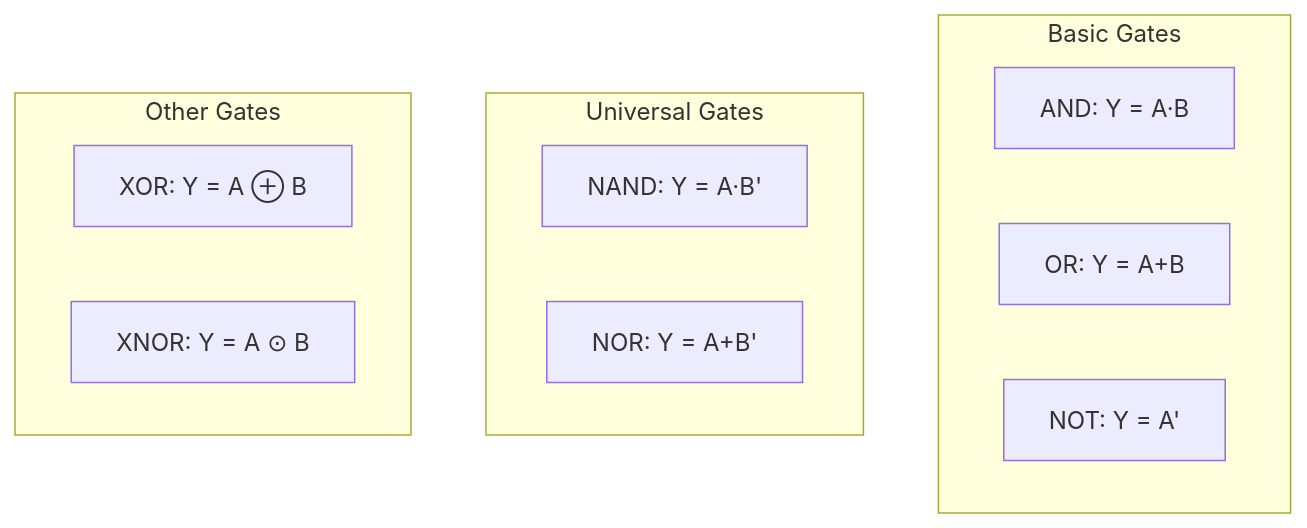
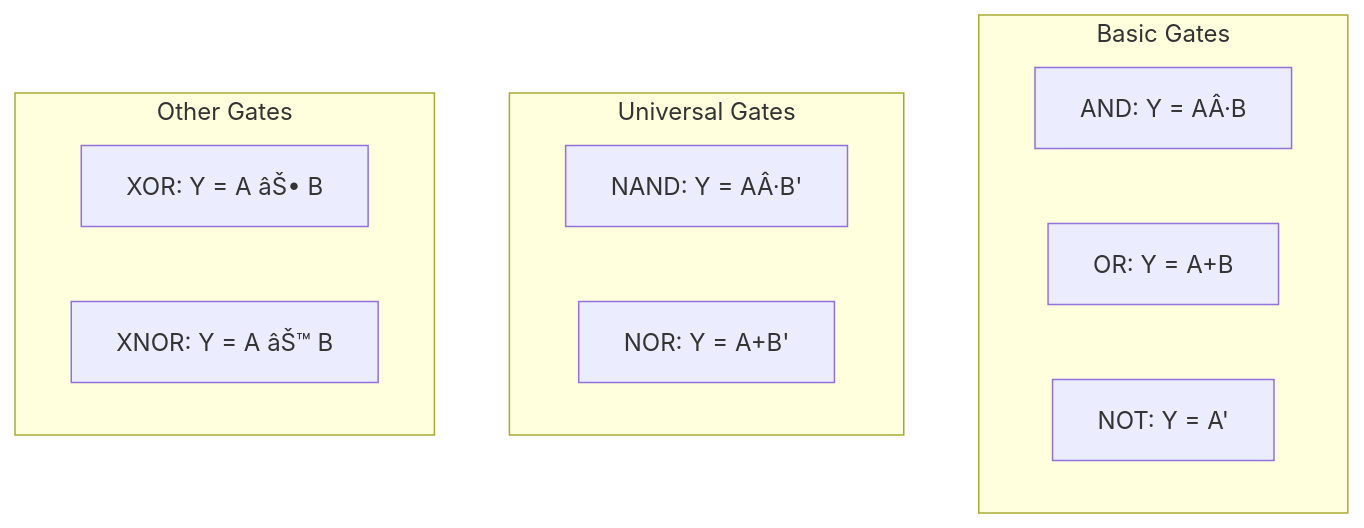
One commit to Raushan666java/ai-engineering-journey changed the third of 5 diagrams in docs/courses/computer-architecture/01-number-systems.md. Above: the diagram before and after it, drawn with Mermaid. The commit also changed other lines of this file and 735 other files, not shown here.

````diff
--- a/docs/courses/computer-architecture/01-number-systems.md
+++ b/docs/courses/computer-architecture/01-number-systems.md
@@ -418,16 +418,16 @@
 ```mermaid
 flowchart TD
     subgraph Basic Gates
-        G1[AND: Y = A·B]
+        G1[AND: Y = AÂ·B]
         G2[OR: Y = A+B]
         G3[NOT: Y = A']
     end
     subgraph Universal Gates
-        G4[NAND: Y = A·B']
+        G4[NAND: Y = AÂ·B']
         G5[NOR: Y = A+B']
     end
     subgraph Other Gates
-        G6[XOR: Y = A ⊕ B]
-        G7[XNOR: Y = A ⊙ B]
+        G6[XOR: Y = A âŠ• B]
+        G7[XNOR: Y = A âŠ™ B]
     end
 ```
````
